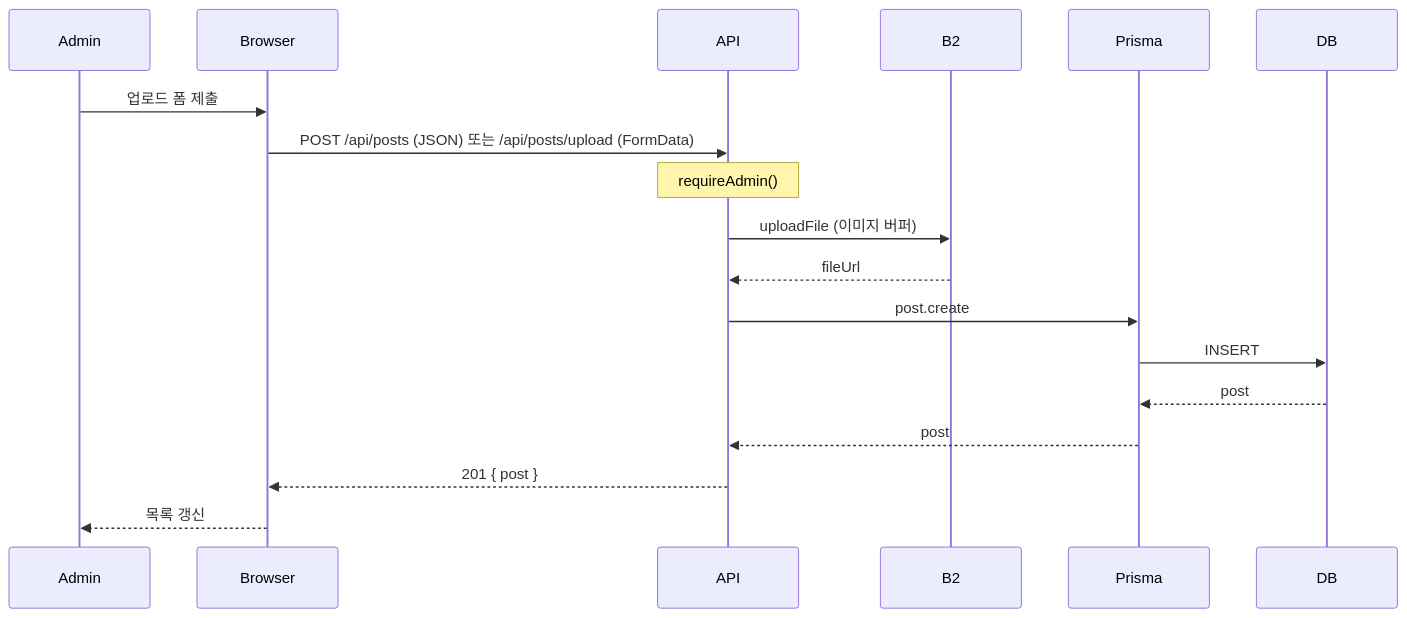
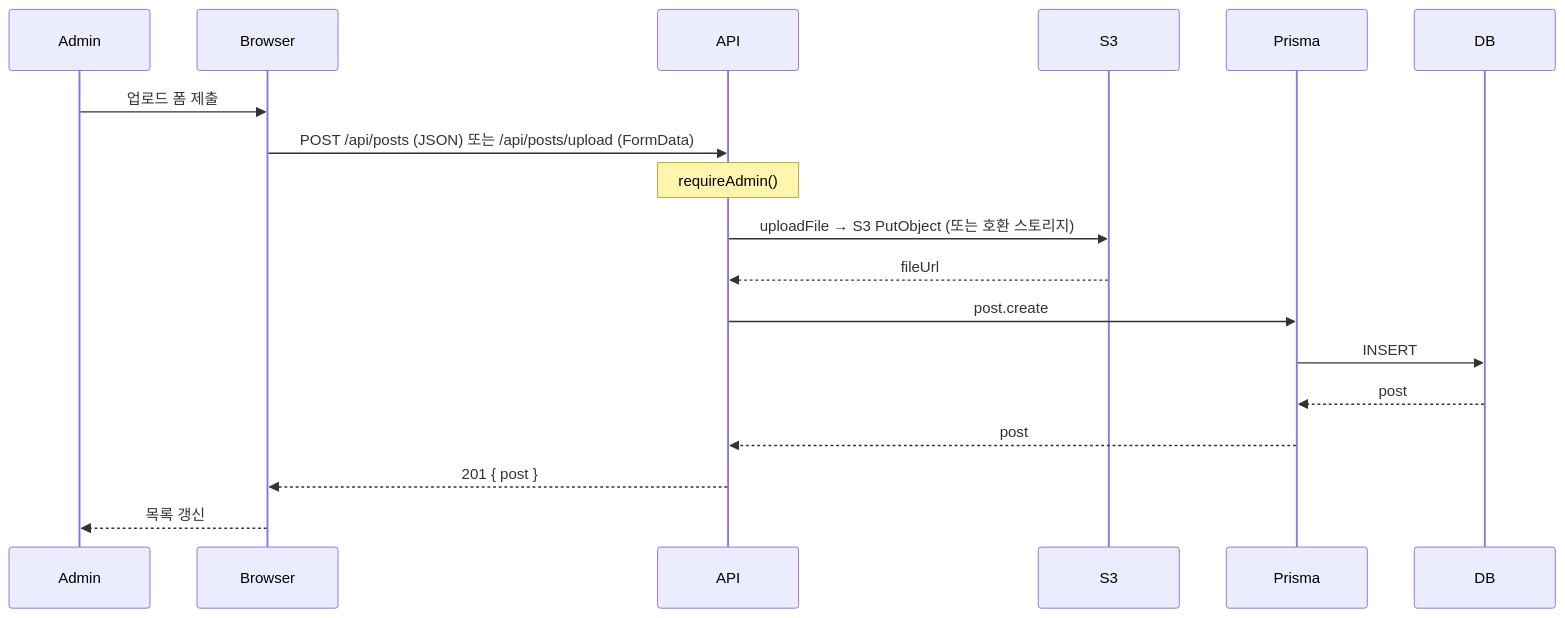
The second of 4 diagrams in docs/DATA_FLOW.md (penta-design5/design5), drawn with Mermaid before and after one commit. The commit also changed other lines of this file and 77 other files, not shown here.

````diff
--- a/docs/DATA_FLOW.md
+++ b/docs/DATA_FLOW.md
@@ -40,21 +40,21 @@
 ```mermaid
 sequenceDiagram
   participant Admin
   participant Browser
   participant API
-  participant B2
+  participant S3
   participant Prisma
   participant DB
 
   Admin->>Browser: 업로드 폼 제출
   Browser->>API: POST /api/posts (JSON) 또는 /api/posts/upload (FormData)
   Note over API: requireAdmin()
-  API->>B2: uploadFile (이미지 버퍼)
-  B2-->>API: fileUrl
+  API->>S3: uploadFile → S3 PutObject (또는 호환 스토리지)
+  S3-->>API: fileUrl
   API->>Prisma: post.create
   Prisma->>DB: INSERT
   DB-->>Prisma: post
   Prisma-->>API: post
   API-->>Browser: 201 { post }
   Browser-->>Admin: 목록 갱신
 ```
````
